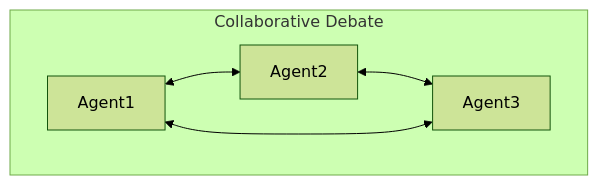
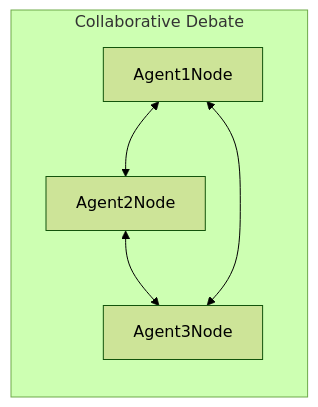
One commit to Proact0/Act-Operator changed the ninth of 13 diagrams in act_operator/act_operator/scaffold/{{ cookiecutter.act_slug }}/.claude/skills/act-architect/resources/agentic-design-patterns.md. Above: the diagram before and after it, drawn with Mermaid (forest theme). The commit also changed other lines of this file and 9 other files, not shown here.

Commit message:
Update version to 0.2.4, add new template paths for improved project scaffolding, and enhance documentation for interactive conversation protocols in the act-architect skill.

````diff
--- a/act_operator/act_operator/scaffold/{{ cookiecutter.act_slug }}/.claude/skills/act-architect/resources/agentic-design-patterns.md
+++ b/act_operator/act_operator/scaffold/{{ cookiecutter.act_slug }}/.claude/skills/act-architect/resources/agentic-design-patterns.md
@@ -238,8 +246,8 @@
 ```mermaid
-graph TD
+graph LR
     subgraph Swarm["Collaborative Debate"]
-        Agent1 <--> Agent2
-        Agent2 <--> Agent3
-        Agent3 <--> Agent1
+        A[Agent1Node] <--> B[Agent2Node]
+        B <--> C[Agent3Node]
+        C <--> A
     end
 ```
````
